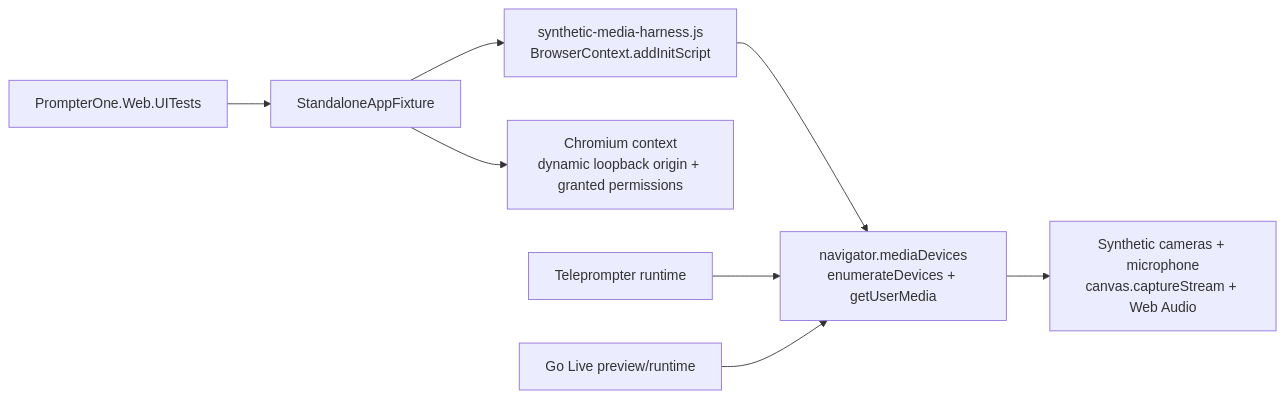
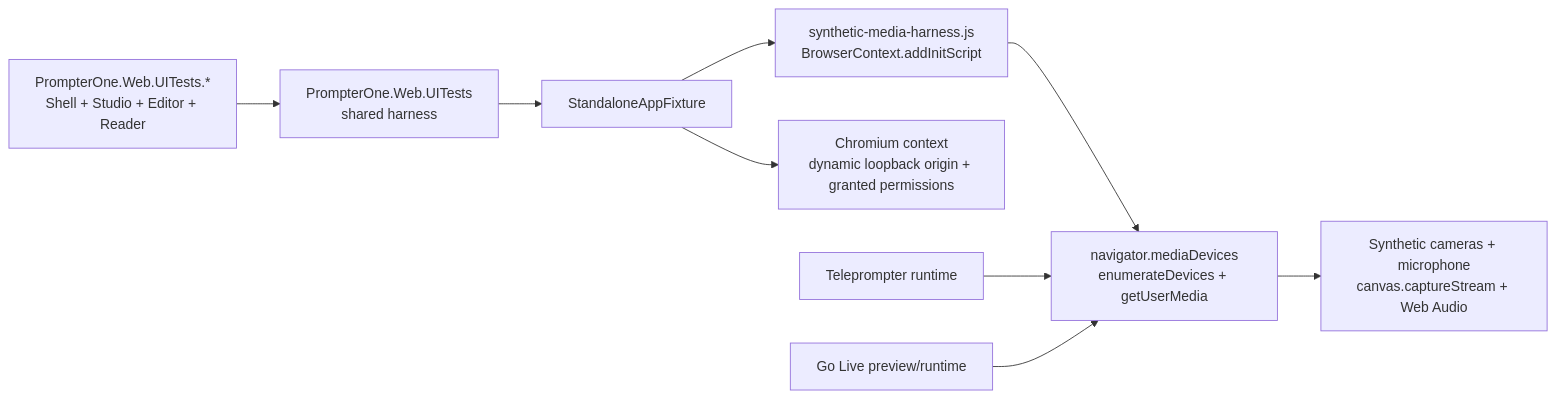
Before and after one commit to managedcode/PrompterLive: the tenth of 14 diagrams in docs/Architecture.md, drawn with Mermaid. The commit also changed other lines of this file and 116 other files, not shown here.

````diff
--- a/docs/Architecture.md
+++ b/docs/Architecture.md
@@ -374,19 +378,21 @@
 ```mermaid
 flowchart LR
-    UITests["PrompterOne.Web.UITests"]
+    UiSuites["PrompterOne.Web.UITests.*<br/>Shell + Studio + Editor + Reader"]
+    UiBase["PrompterOne.Web.UITests<br/>shared harness"]
     Fixture["StandaloneAppFixture"]
     InitScript["synthetic-media-harness.js<br/>BrowserContext.addInitScript"]
     Browser["Chromium context<br/>dynamic loopback origin + granted permissions"]
     MediaApis["navigator.mediaDevices<br/>enumerateDevices + getUserMedia"]
     Synthetic["Synthetic cameras + microphone<br/>canvas.captureStream + Web Audio"]
     Reader["Teleprompter runtime"]
     GoLive["Go Live preview/runtime"]
 
-    UITests --> Fixture
+    UiSuites --> UiBase
+    UiBase --> Fixture
     Fixture --> InitScript
     Fixture --> Browser
     InitScript --> MediaApis
     MediaApis --> Synthetic
     Reader --> MediaApis
     GoLive --> MediaApis
 ```
````
